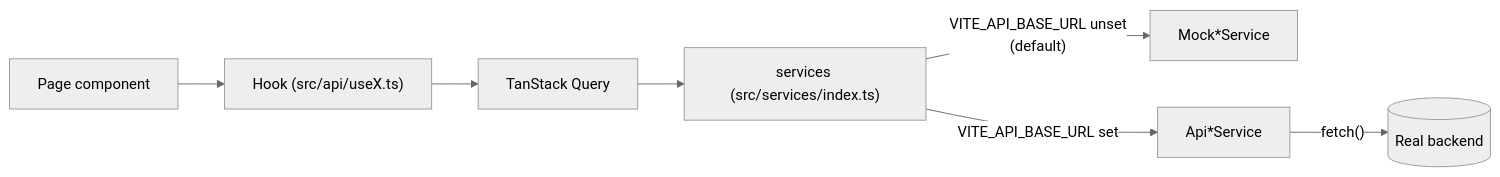
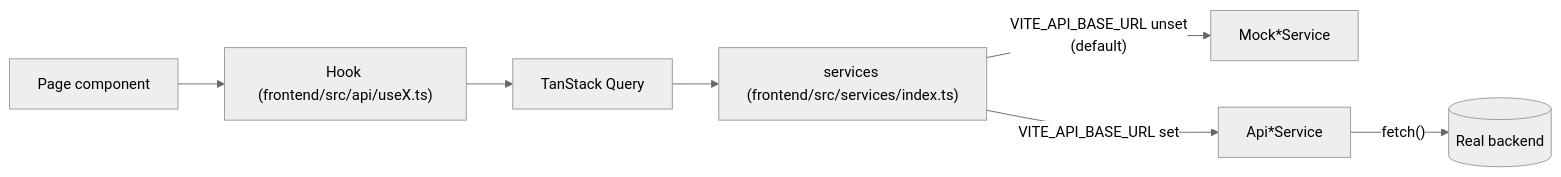
One commit to zaheerabbasdev/ThreatLens changed the second of 6 diagrams in docs/01-architecture.md. Above: the diagram before and after it, drawn with Mermaid (neutral theme). The commit also changed other lines of this file and 11 other files, not shown here.

````diff
--- a/docs/01-architecture.md
+++ b/docs/01-architecture.md
@@ -79,9 +79,9 @@
 ```mermaid
 flowchart LR
-    Page[Page component] --> Hook["Hook (src/api/useX.ts)"]
+    Page[Page component] --> Hook["Hook (frontend/src/api/useX.ts)"]
     Hook --> TQ[TanStack Query]
-    TQ --> SI["services (src/services/index.ts)"]
+    TQ --> SI["services (frontend/src/services/index.ts)"]
     SI -->|"VITE_API_BASE_URL unset\n(default)"| Mock[Mock*Service]
     SI -->|"VITE_API_BASE_URL set"| Api[Api*Service]
     Api -->|"fetch()"| Backend[(Real backend)]
 ```
````
